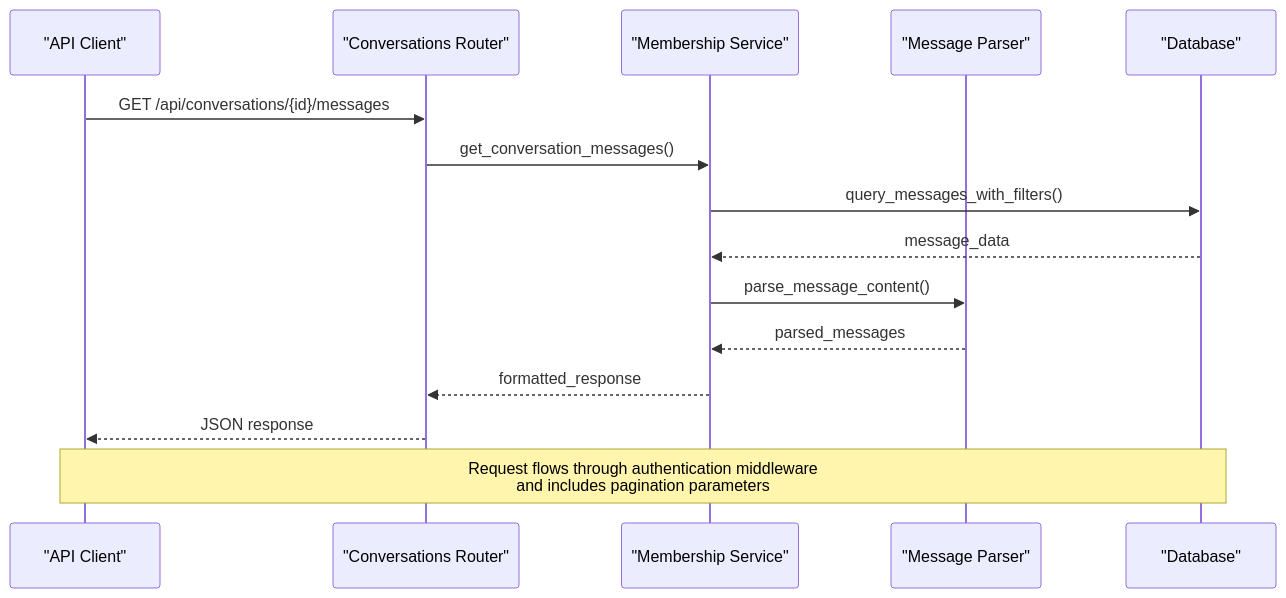
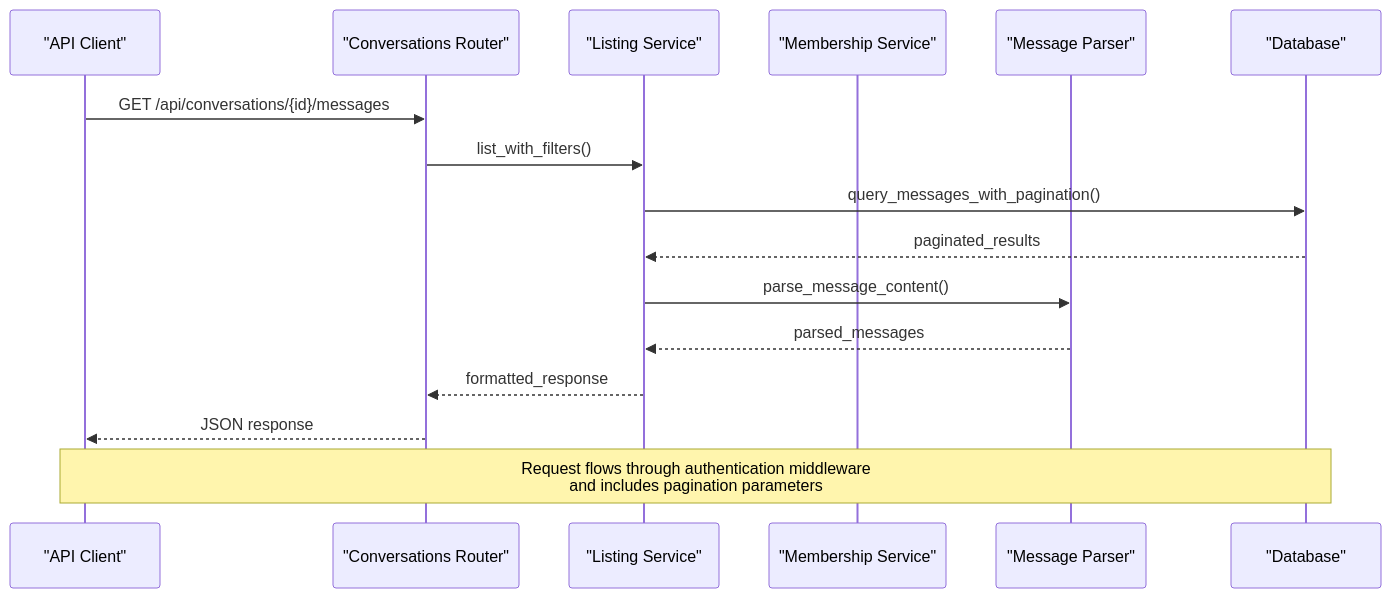
Before and after one commit to zuohaisu/wecom-archive: the second of 3 diagrams in .qoder/repowiki/en/content/API Reference/Conversations API.md, drawn with Mermaid. The commit also changed other lines of this file and 148 other files, not shown here.

````diff
--- a/.qoder/repowiki/en/content/API Reference/Conversations API.md
+++ b/.qoder/repowiki/en/content/API Reference/Conversations API.md
@@ -115,17 +136,18 @@
 ```mermaid
 sequenceDiagram
 participant Client as "API Client"
 participant Router as "Conversations Router"
-participant Service as "Membership Service"
+participant ListingService as "Listing Service"
+participant MembershipService as "Membership Service"
 participant Parser as "Message Parser"
 participant DB as "Database"
 Client->>Router : GET /api/conversations/{id}/messages
-Router->>Service : get_conversation_messages()
-Service->>DB : query_messages_with_filters()
-DB-->>Service : message_data
-Service->>Parser : parse_message_content()
-Parser-->>Service : parsed_messages
-Service-->>Router : formatted_response
+Router->>ListingService : list_with_filters()
+ListingService->>DB : query_messages_with_pagination()
+DB-->>ListingService : paginated_results
+ListingService->>Parser : parse_message_content()
+Parser-->>ListingService : parsed_messages
+ListingService-->>Router : formatted_response
 Router-->>Client : JSON response
 Note over Client,DB : Request flows through authentication middleware<br/>and includes pagination parameters
 ```
````
